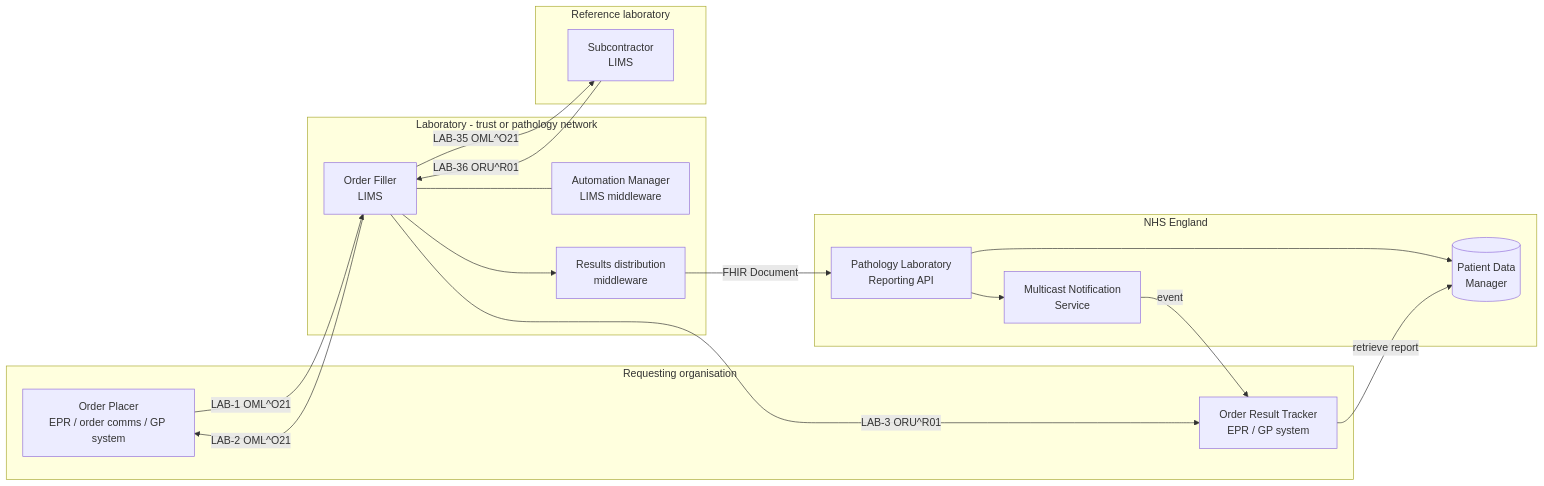
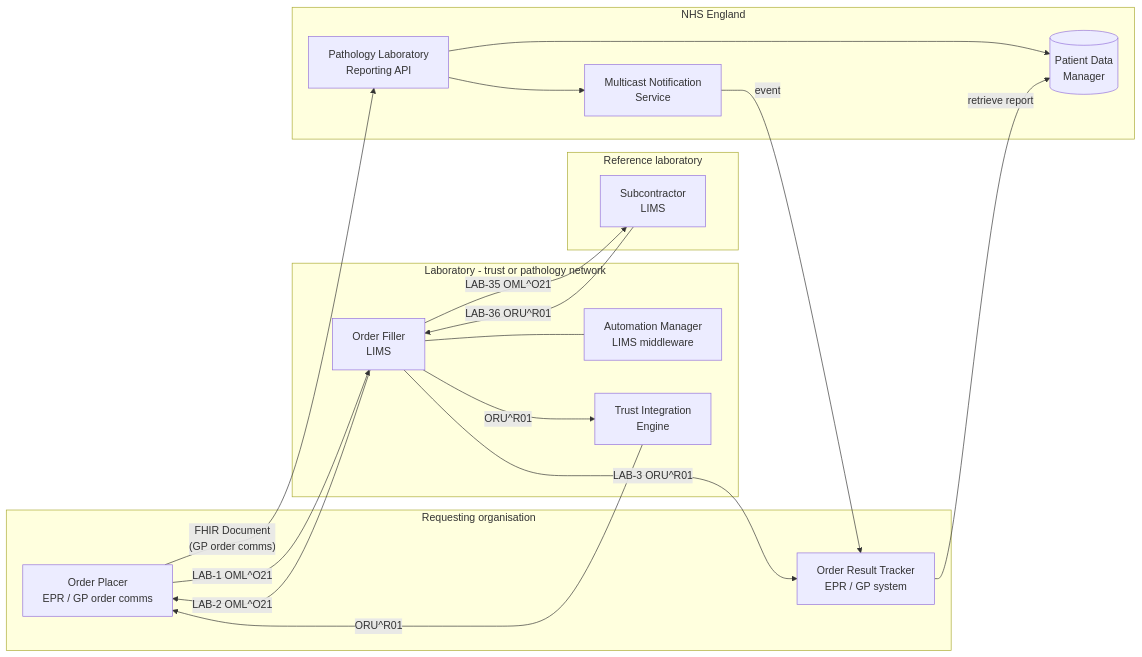
The diagram in input/pagecontent/actors.md (KevinMayfield/PathologyAndLaboratory), drawn with Mermaid before and after one commit. The commit also changed other lines of this file and 59 other files, not shown here.

````diff
--- a/input/pagecontent/actors.md
+++ b/input/pagecontent/actors.md
@@ -37,32 +40,33 @@
 ```mermaid
 flowchart LR
     subgraph Requester[Requesting organisation]
-        OP[Order Placer<br/>EPR / order comms / GP system]
+        OP[Order Placer<br/>EPR / GP order comms]
         ORT[Order Result Tracker<br/>EPR / GP system]
     end
     subgraph Laboratory[Laboratory - trust or pathology network]
         OF[Order Filler<br/>LIMS]
         AM[Automation Manager<br/>LIMS middleware]
-        MW[Results distribution<br/>middleware]
+        TIE[Trust Integration<br/>Engine]
     end
     subgraph Reference[Reference laboratory]
         SC[Subcontractor<br/>LIMS]
     end
     subgraph National[NHS England]
         API[Pathology Laboratory<br/>Reporting API]
         PDM[(Patient Data<br/>Manager)]
         MNS[Multicast Notification<br/>Service]
     end
     OP -- "LAB-1 OML^O21" --> OF
     OF -- "LAB-2 OML^O21" --> OP
     OF -- "LAB-3 ORU^R01" --> ORT
     OF -- "LAB-35 OML^O21" --> SC
     SC -- "LAB-36 ORU^R01" --> OF
     OF --- AM
-    OF --> MW
-    MW -- "FHIR Document" --> API
+    OF -- "ORU^R01" --> TIE
+    TIE -- "ORU^R01" --> OP
+    OP -- "FHIR Document<br/>(GP order comms)" --> API
     API --> PDM
     API --> MNS
     MNS -- "event" --> ORT
     ORT -- "retrieve report" --> PDM
 ```
````
